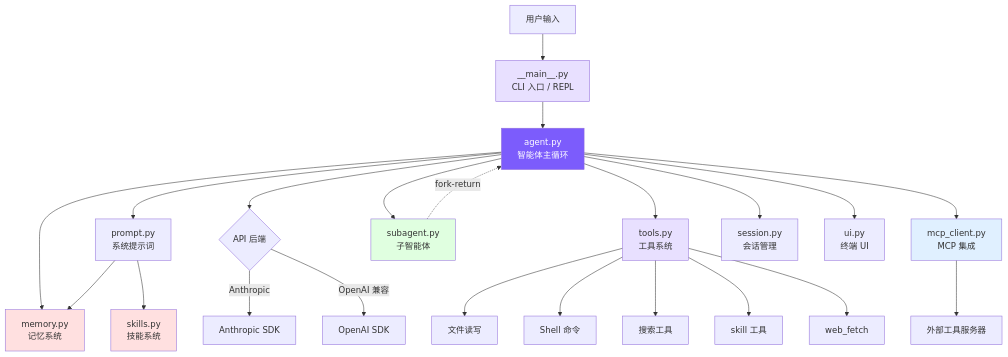
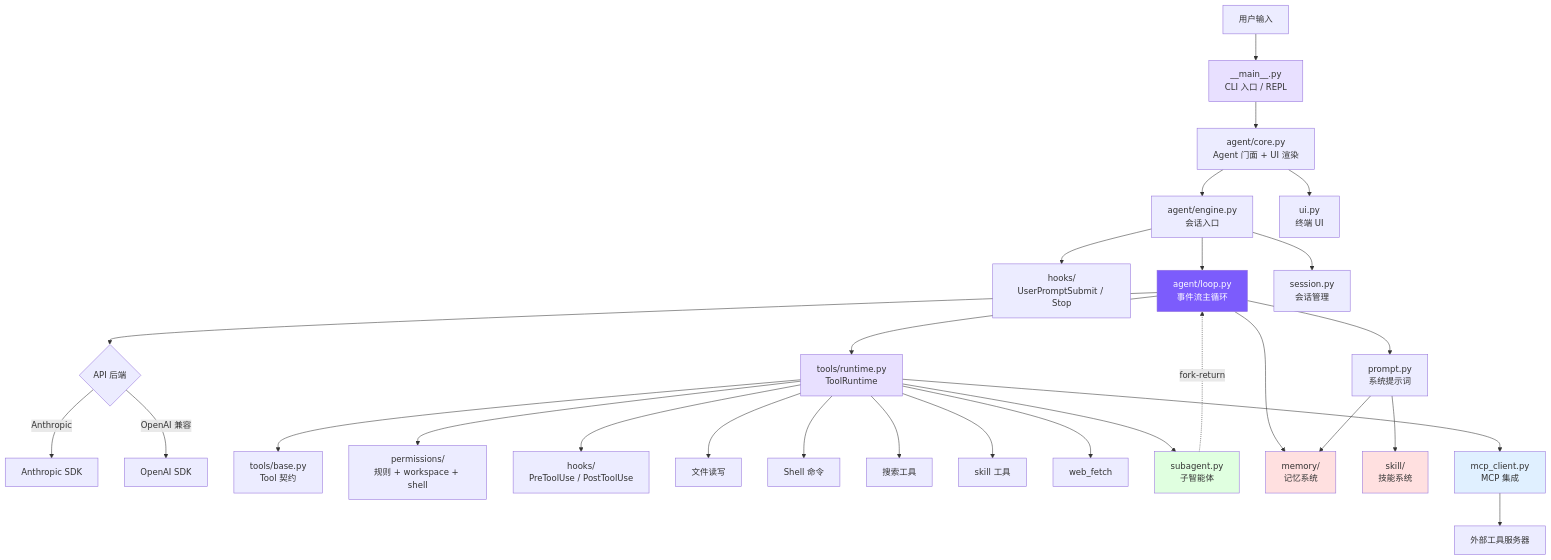
One commit to Kellin233/nano_code changed the diagram in docs/00-introduction.md. Above: the diagram before and after it, drawn with Mermaid. The commit also changed other lines of this file and 78 other files, not shown here.

````diff
--- a/docs/00-introduction.md
+++ b/docs/00-introduction.md
@@ -69,32 +69,38 @@
 ```mermaid
 graph TB
     User[用户输入] --> CLI[__main__.py<br/>CLI 入口 / REPL]
-    CLI --> Agent[agent.py<br/>智能体主循环]
-    Agent --> Prompt[prompt.py<br/>系统提示词]
-    Agent --> API{API 后端}
+    CLI --> Core[agent/core.py<br/>Agent 门面 + UI 渲染]
+    Core --> Engine[agent/engine.py<br/>会话入口]
+    Engine --> Hooks[hooks/<br/>UserPromptSubmit / Stop]
+    Engine --> Loop[agent/loop.py<br/>事件流主循环]
+    Loop --> Prompt[prompt.py<br/>系统提示词]
+    Loop --> API{API 后端}
     API -->|Anthropic| AnthropicSDK[Anthropic SDK]
     API -->|OpenAI 兼容| OpenAISDK[OpenAI SDK]
-    Agent --> Tools[tools.py<br/>工具系统]
-    Tools --> FS[文件读写]
-    Tools --> Shell[Shell 命令]
-    Tools --> Search[搜索工具]
-    Tools --> SkillTool[skill 工具]
-    Tools --> WebFetch[web_fetch]
-    Agent --> SubAgent[subagent.py<br/>子智能体]
-    SubAgent -.->|fork-return| Agent
-    Agent --> Memory[memory.py<br/>记忆系统]
+    Loop --> Runtime[tools/runtime.py<br/>ToolRuntime]
+    Runtime --> ToolContract[tools/base.py<br/>Tool 契约]
+    Runtime --> Perms[permissions/<br/>规则 + workspace + shell]
+    Runtime --> ToolHooks[hooks/<br/>PreToolUse / PostToolUse]
+    Runtime --> FS[文件读写]
+    Runtime --> Shell[Shell 命令]
+    Runtime --> Search[搜索工具]
+    Runtime --> SkillTool[skill 工具]
+    Runtime --> WebFetch[web_fetch]
+    Runtime --> SubAgent[subagent.py<br/>子智能体]
+    SubAgent -.->|fork-return| Loop
+    Loop --> Memory[memory/<br/>记忆系统]
     Prompt --> Memory
-    Prompt --> Skills[skills.py<br/>技能系统]
-    Agent --> MCP[mcp_client.py<br/>MCP 集成]
+    Prompt --> Skills[skill/<br/>技能系统]
+    Runtime --> MCP[mcp_client.py<br/>MCP 集成]
     MCP --> ExtTools[外部工具服务器]
-    Agent --> Session[session.py<br/>会话管理]
-    Agent --> UI[ui.py<br/>终端 UI]
+    Engine --> Session[session.py<br/>会话管理]
+    Core --> UI[ui.py<br/>终端 UI]
 
-    style Agent fill:#7c5cfc,color:#fff
-    style Tools fill:#e8e0ff
+    style Loop fill:#7c5cfc,color:#fff
+    style Runtime fill:#e8e0ff
     style CLI fill:#e8e0ff
     style Memory fill:#ffe0e0
     style Skills fill:#ffe0e0
     style SubAgent fill:#e0ffe0
     style MCP fill:#e0f0ff
 ```
````
